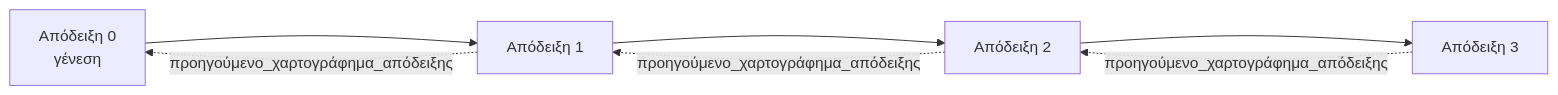
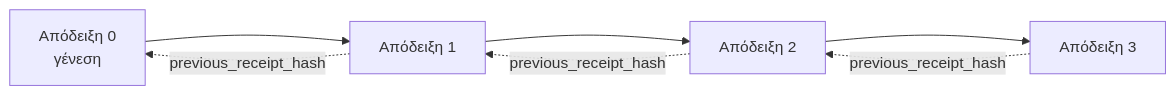
Before and after one commit to gabrielmoreira/agent-skills-mirror: the second of 2 diagrams in mirrors/repos/microsoft@ai-agents-for-beginners/translations/el/18-securing-ai-agents/README.md, drawn with Mermaid. The commit also changed other lines of this file and 2285 other files, not shown here.

````diff
--- a/mirrors/repos/microsoft@ai-agents-for-beginners/translations/el/18-securing-ai-agents/README.md
+++ b/mirrors/repos/microsoft@ai-agents-for-beginners/translations/el/18-securing-ai-agents/README.md
@@ -206,9 +206,9 @@
 ```mermaid
 flowchart LR
     R0[Απόδειξη 0<br/>γένεση] --> R1[Απόδειξη 1]
     R1 --> R2[Απόδειξη 2]
     R2 --> R3[Απόδειξη 3]
-    R1 -. προηγούμενο_χαρτογράφημα_απόδειξης .-> R0
-    R2 -. προηγούμενο_χαρτογράφημα_απόδειξης .-> R1
-    R3 -. προηγούμενο_χαρτογράφημα_απόδειξης .-> R2
+    R1 -. previous_receipt_hash .-> R0
+    R2 -. previous_receipt_hash .-> R1
+    R3 -. previous_receipt_hash .-> R2
 ```
````
